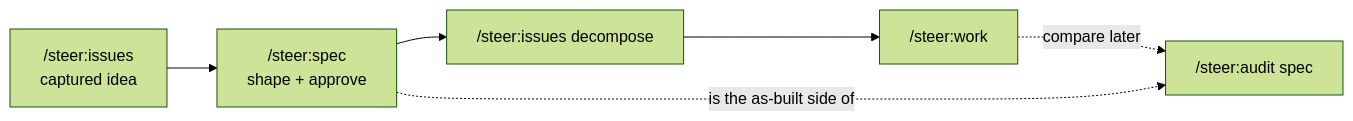
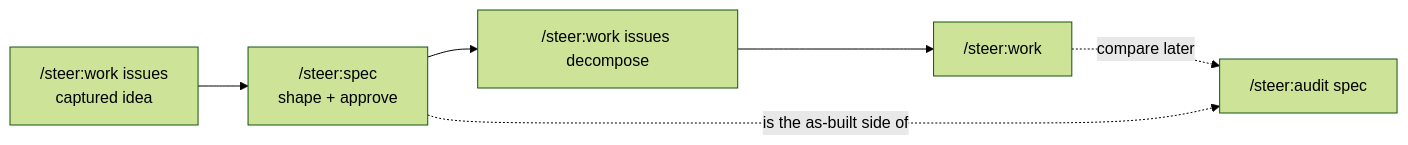
Before and after one commit to element22llc/e22-plugins: the diagram in docs/workflows/spec.md, drawn with Mermaid (forest theme). The commit also changed 13 other files, not shown here.

````diff
--- a/docs/workflows/spec.md
+++ b/docs/workflows/spec.md
@@ -71,8 +71,8 @@
 ```mermaid
 flowchart LR
-    issue["/steer:issues<br/>captured idea"] --> spec["/steer:spec<br/>shape + approve"]
-    spec --> decompose["/steer:issues decompose"]
+    issue["/steer:work issues<br/>captured idea"] --> spec["/steer:spec<br/>shape + approve"]
+    spec --> decompose["/steer:work issues decompose"]
     decompose --> work["/steer:work"]
     work -. compare later .-> drift["/steer:audit spec"]
     spec -. is the as-built side of .-> drift
 ```
````
